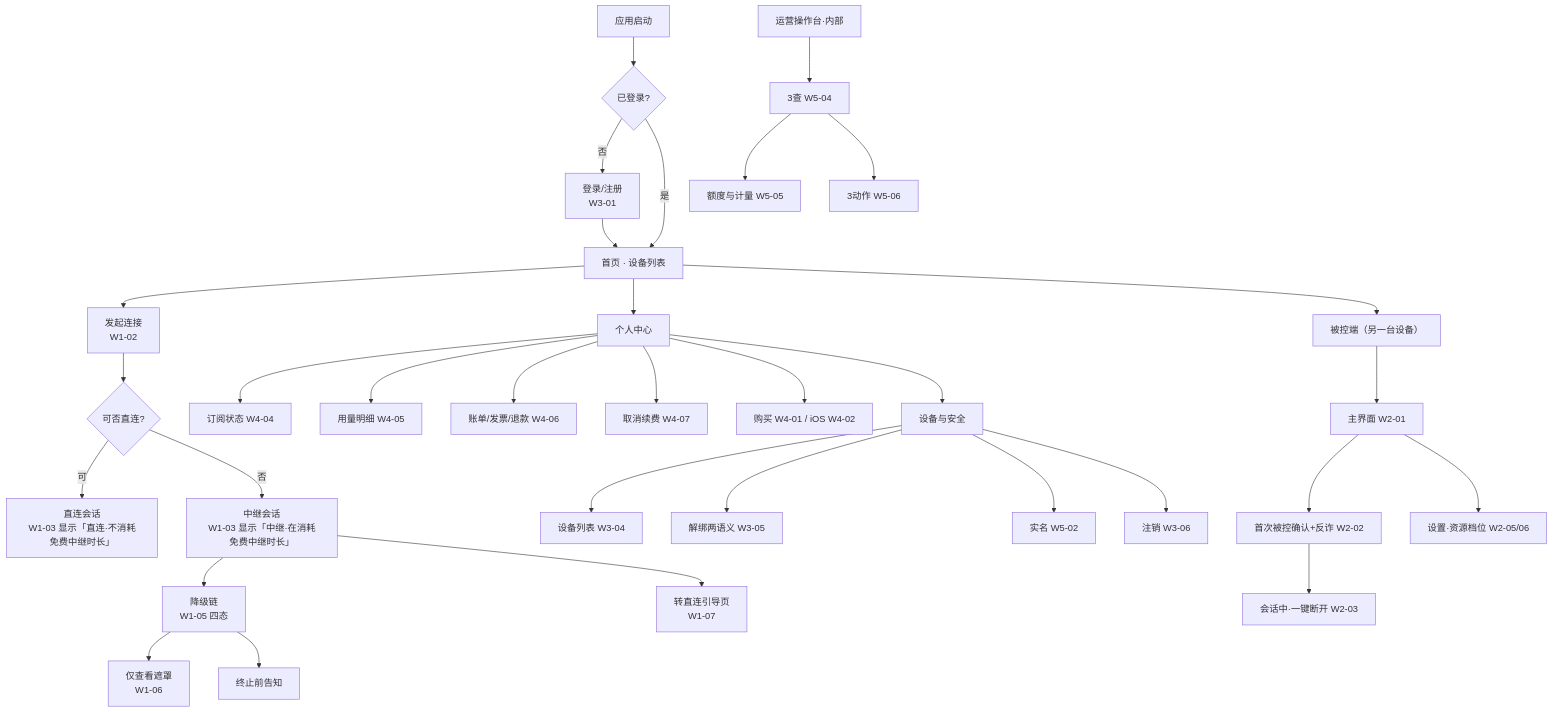
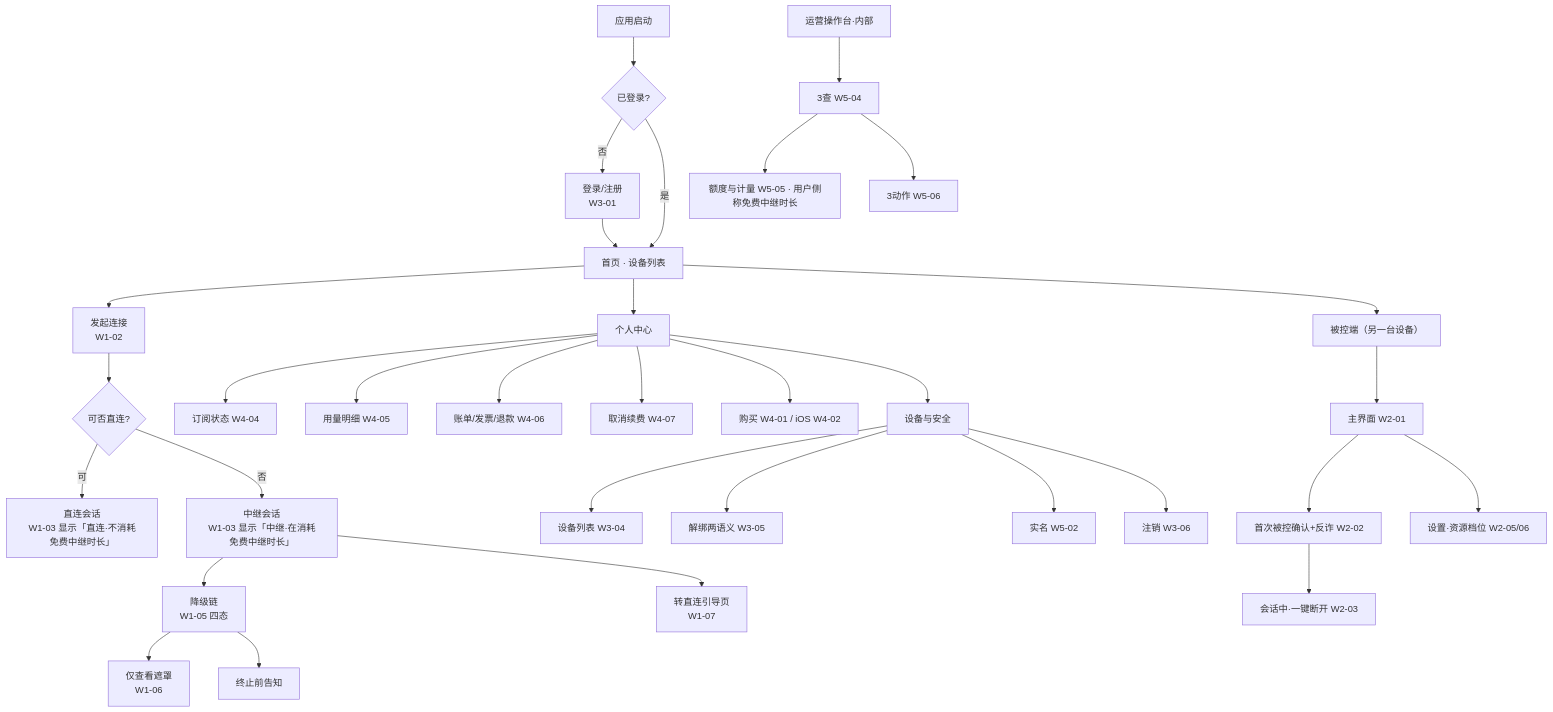
One commit to yuezu1026/desktop-sharing changed the diagram in docs/design/wireframe/README.md. Above: the diagram before and after it, drawn with Mermaid. The commit also changed other lines of this file and 11 other files, not shown here.

````diff
--- a/docs/design/wireframe/README.md
+++ b/docs/design/wireframe/README.md
@@ -135,34 +140,34 @@
 ```mermaid
 graph TD
   A[应用启动] --> B{已登录?}
   B -->|否| C[登录/注册<br/>W3-01]
   C --> D[首页 · 设备列表]
   B -->|是| D
   D --> E[发起连接<br/>W1-02]
   E --> F{可否直连?}
   F -->|可| G[直连会话<br/>W1-03 显示「直连·不消耗免费中继时长」]
   F -->|否| H[中继会话<br/>W1-03 显示「中继·在消耗免费中继时长」]
   H --> I[降级链<br/>W1-05 四态]
   H --> J[转直连引导页<br/>W1-07]
   I --> K[仅查看遮罩<br/>W1-06]
   I --> L[终止前告知]
   D --> M[个人中心]
   M --> M1[订阅状态 W4-04]
   M --> M2[用量明细 W4-05]
   M --> M3[账单/发票/退款 W4-06]
   M --> M4[取消续费 W4-07]
   M --> M5[购买 W4-01 / iOS W4-02]
   M --> M6[设备与安全]
   M6 --> M61[设备列表 W3-04]
   M6 --> M62[解绑两语义 W3-05]
   M6 --> M63[实名 W5-02]
   M6 --> M64[注销 W3-06]
   D --> N[被控端（另一台设备）]
   N --> N1[主界面 W2-01]
   N1 --> N2[首次被控确认+反诈 W2-02]
   N2 --> N3[会话中·一键断开 W2-03]
   N1 --> N4[设置·资源档位 W2-05/06]
   O[运营操作台·内部] --> O1[3查 W5-04]
-  O1 --> O2[额度与计量 W5-05]
+  O1 --> O2[额度与计量 W5-05 · 用户侧称免费中继时长]
   O1 --> O3[3动作 W5-06]
 ```
````
